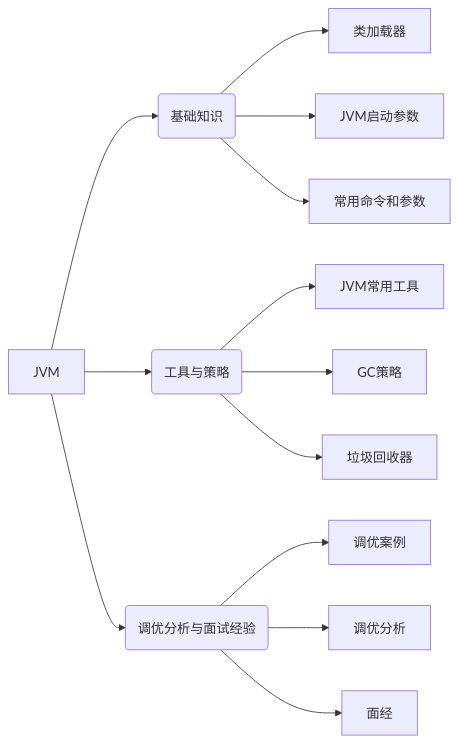
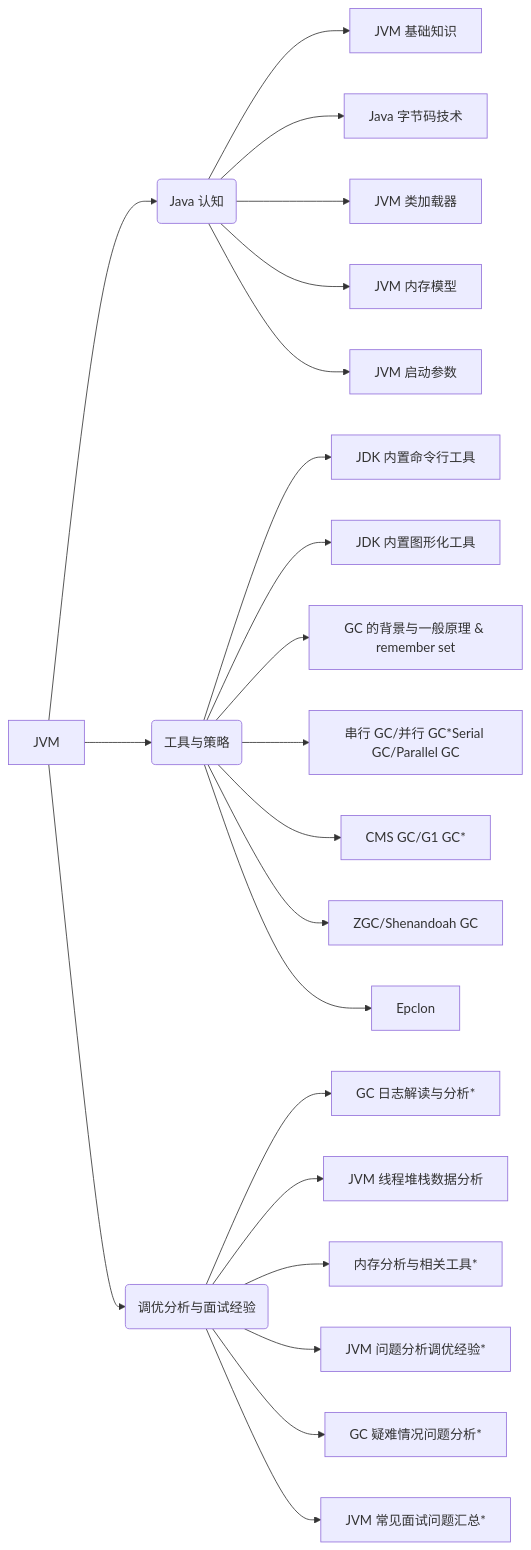
The diagram in JavaUpgrade/01_JVM.md (lishijie-me/lishijie-me), drawn with Mermaid before and after one commit.

Commit message:
补充细节,完善思维导图

````diff
--- a/JavaUpgrade/01_JVM.md
+++ b/JavaUpgrade/01_JVM.md
@@ -2,18 +2,28 @@
 ```mermaid
 graph LR
-A[JVM] --> B(基础知识)
+A[JVM] --> B( Java 认知)
 A[JVM] --> C(工具与策略)
 A[JVM] --> D(调优分析与面试经验)
 
-B --> BC[类加载器]
-B --> BD[JVM启动参数]
-B --> BE[常用命令和参数]
+B --> BC[ JVM 基础知识]
+B --> BD[ Java 字节码技术]
+B --> BE[ JVM 类加载器]
+B --> BF[ JVM 内存模型]
+B --> BG[ JVM 启动参数]
 
-C --> CA[JVM常用工具]
-C --> CB[GC策略]
-C --> CC[垃圾回收器]
+C --> CA[ JDK 内置命令行工具]
+C --> CB[ JDK 内置图形化工具]
+C --> CC[ GC 的背景与一般原理 & remember set]
+C --> CD[串行 GC/并行 GC*Serial GC/Parallel GC]
+C --> CE[ CMS GC/G1 GC* ]
+C --> CF[ ZGC/Shenandoah GC ]
+C --> CGs[ Epclon ]
 
-D --> DA[调优案例]
-D --> DB[调优分析]
-D --> DC[面经]
+D --> DA[GC 日志解读与分析*]
+D --> DB[JVM 线程堆栈数据分析]
+D --> DC[内存分析与相关工具*]
+D --> DD[JVM 问题分析调优经验*]
+D --> DE[GC 疑难情况问题分析*]
+D --> DF[JVM 常见面试问题汇总*]
+
 ```
````
